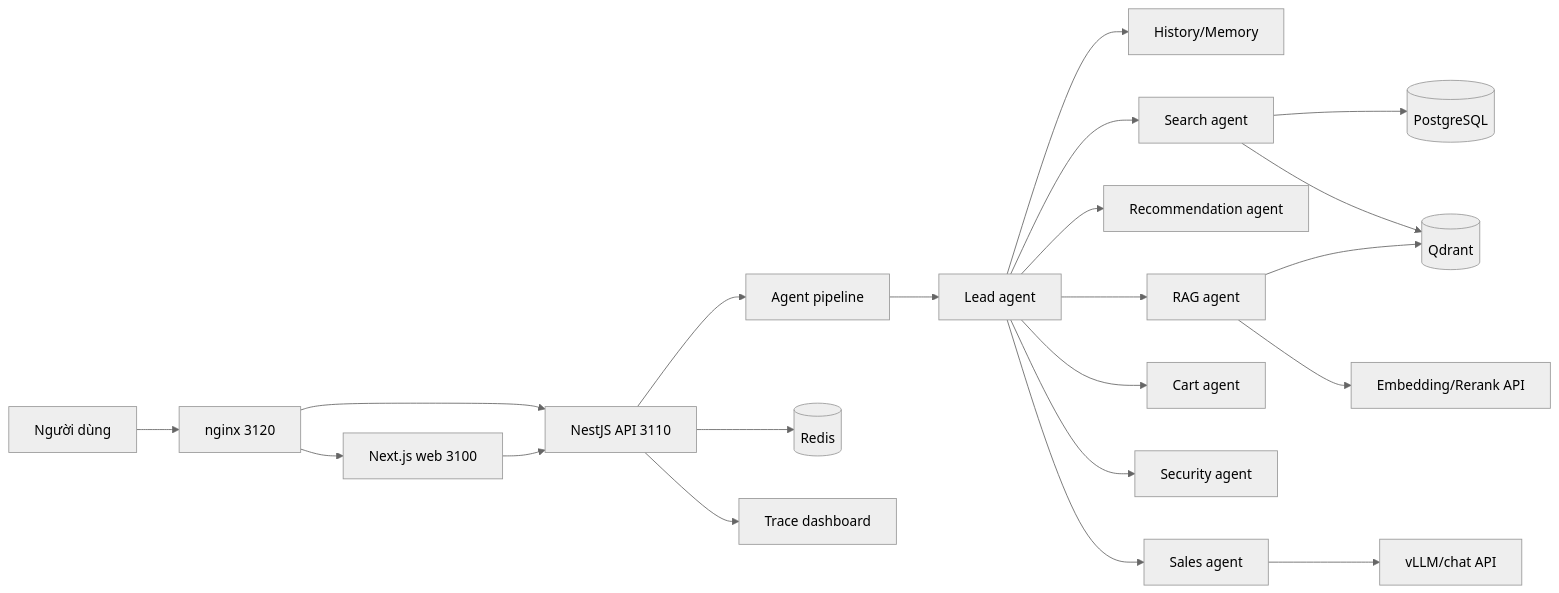
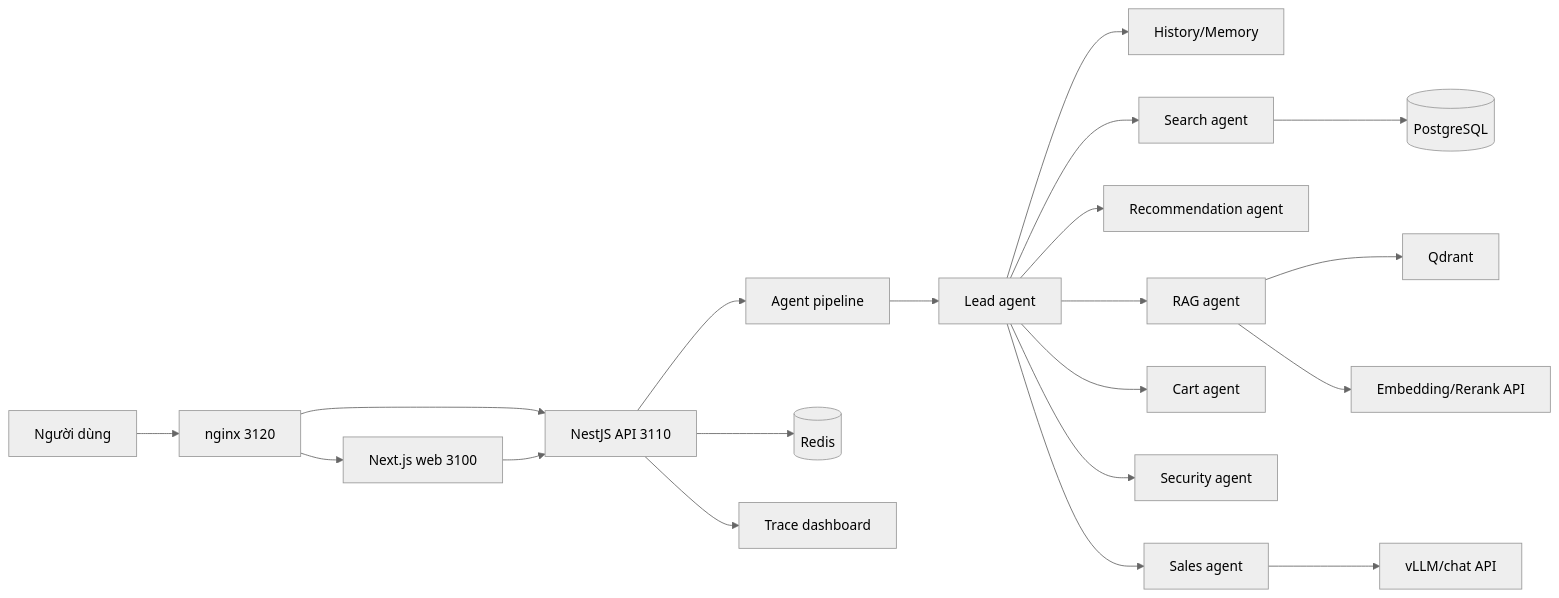
Before and after one commit to baolnq-ai/agent-retail: the diagram in README.md, drawn with Mermaid (neutral theme). The commit also changed other lines of this file and 578 other files, not shown here.

````diff
--- a/README.md
+++ b/README.md
@@ -309,23 +317,22 @@
 ```mermaid
 flowchart LR
   User[Người dùng] --> Nginx[nginx 3120]
   Nginx --> Web[Next.js web 3100]
   Nginx --> API[NestJS API 3110]
   Web --> API
   API --> Agent[Agent pipeline]
   Agent --> Lead[Lead agent]
   Lead --> Memory[History/Memory]
   Lead --> Search[Search agent]
   Lead --> Recommend[Recommendation agent]
   Lead --> RAG[RAG agent]
   Lead --> Cart[Cart agent]
   Lead --> Security[Security agent]
   Lead --> Sales[Sales agent]
   Search --> Postgres[(PostgreSQL)]
-  Search --> Qdrant[(Qdrant)]
   RAG --> Qdrant
   Sales --> ChatModel[vLLM/chat API]
   RAG --> Embed[Embedding/Rerank API]
   API --> Redis[(Redis)]
   API --> Dashboard[Trace dashboard]
 ```
````
